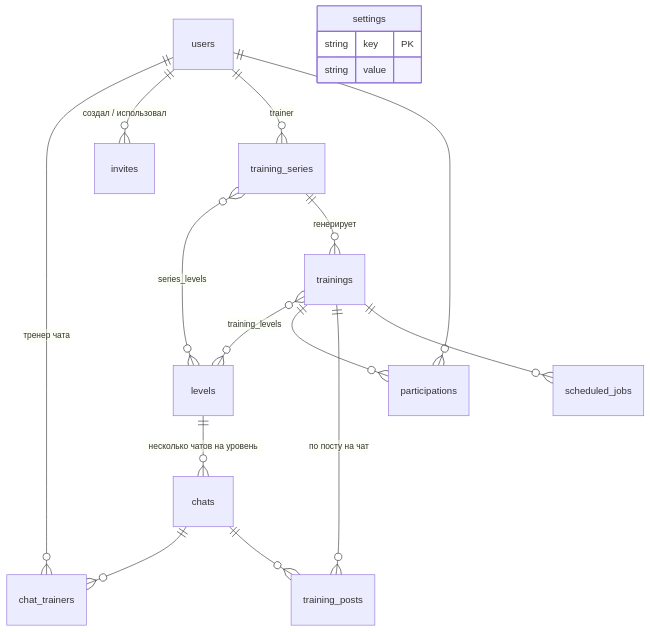
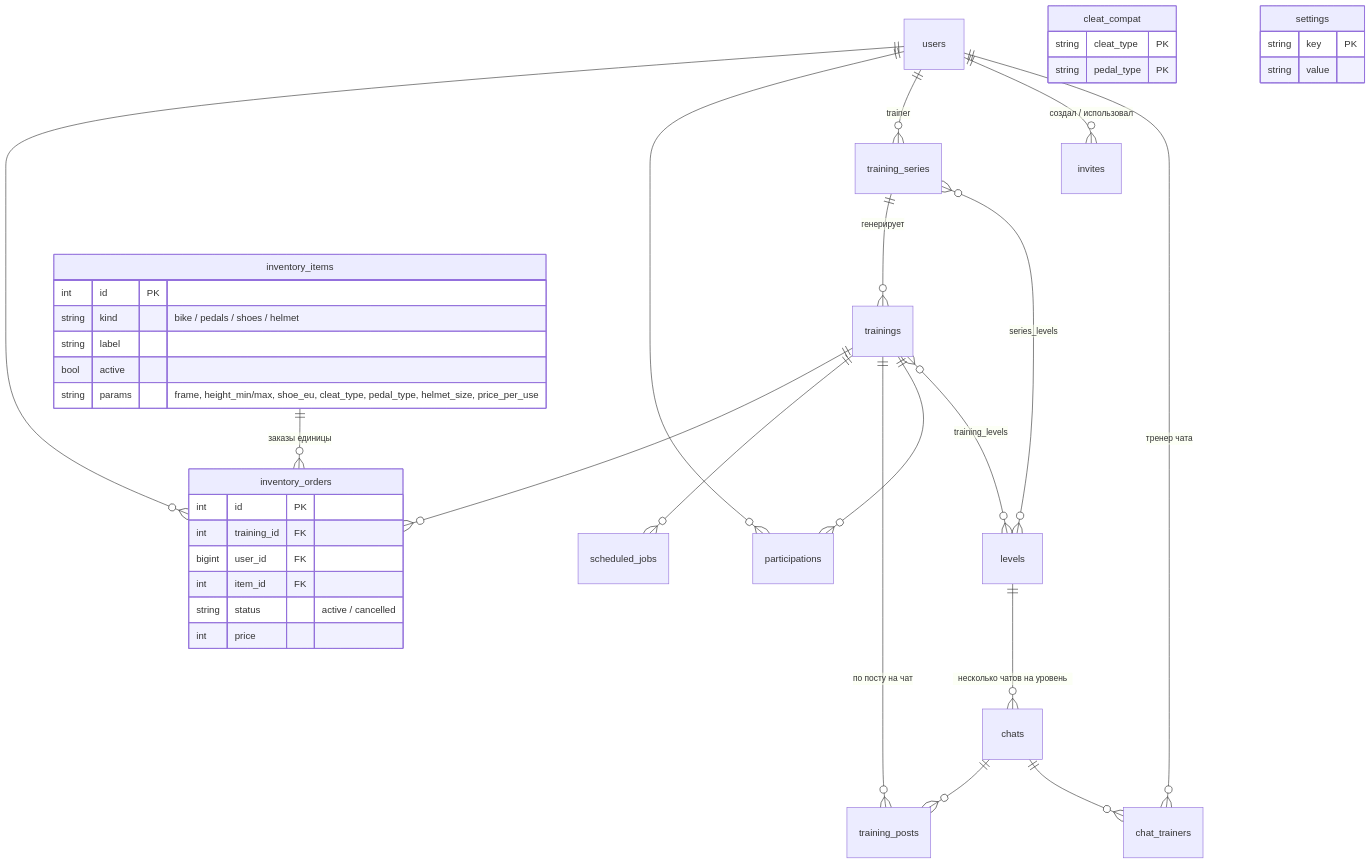
One commit to ikonovalov/coachs-shadow changed the second of 3 diagrams in ARCHITECTURE.md. Above: the diagram before and after it, drawn with Mermaid. The commit also changed other lines of this file and 1 other file, not shown here.

Commit message:
docs: inventory tables, concurrency pattern, /profile, /my, deep link, deadline range

````diff
--- a/ARCHITECTURE.md
+++ b/ARCHITECTURE.md
@@ -163,20 +174,42 @@
 ```mermaid
 erDiagram
     users ||--o{ chat_trainers : "тренер чата"
     chats ||--o{ chat_trainers : ""
     levels ||--o{ chats : "несколько чатов на уровень"
     users ||--o{ invites : "создал / использовал"
     users ||--o{ training_series : trainer
     training_series }o--o{ levels : series_levels
     training_series ||--o{ trainings : "генерирует"
     trainings }o--o{ levels : training_levels
     trainings ||--o{ participations : ""
     users ||--o{ participations : ""
     trainings ||--o{ training_posts : "по посту на чат"
     chats ||--o{ training_posts : ""
     trainings ||--o{ scheduled_jobs : ""
+    trainings ||--o{ inventory_orders : ""
+    users ||--o{ inventory_orders : ""
+    inventory_items ||--o{ inventory_orders : "заказы единицы"
+    inventory_items {
+        int id PK
+        string kind "bike / pedals / shoes / helmet"
+        string label
+        bool active
+        string params "frame, height_min/max, shoe_eu, cleat_type, pedal_type, helmet_size, price_per_use"
+    }
+    inventory_orders {
+        int id PK
+        int training_id FK
+        bigint user_id FK
+        int item_id FK
+        string status "active / cancelled"
+        int price
+    }
+    cleat_compat {
+        string cleat_type PK
+        string pedal_type PK
+    }
     settings {
         string key PK
         string value
     }
 ```
````
